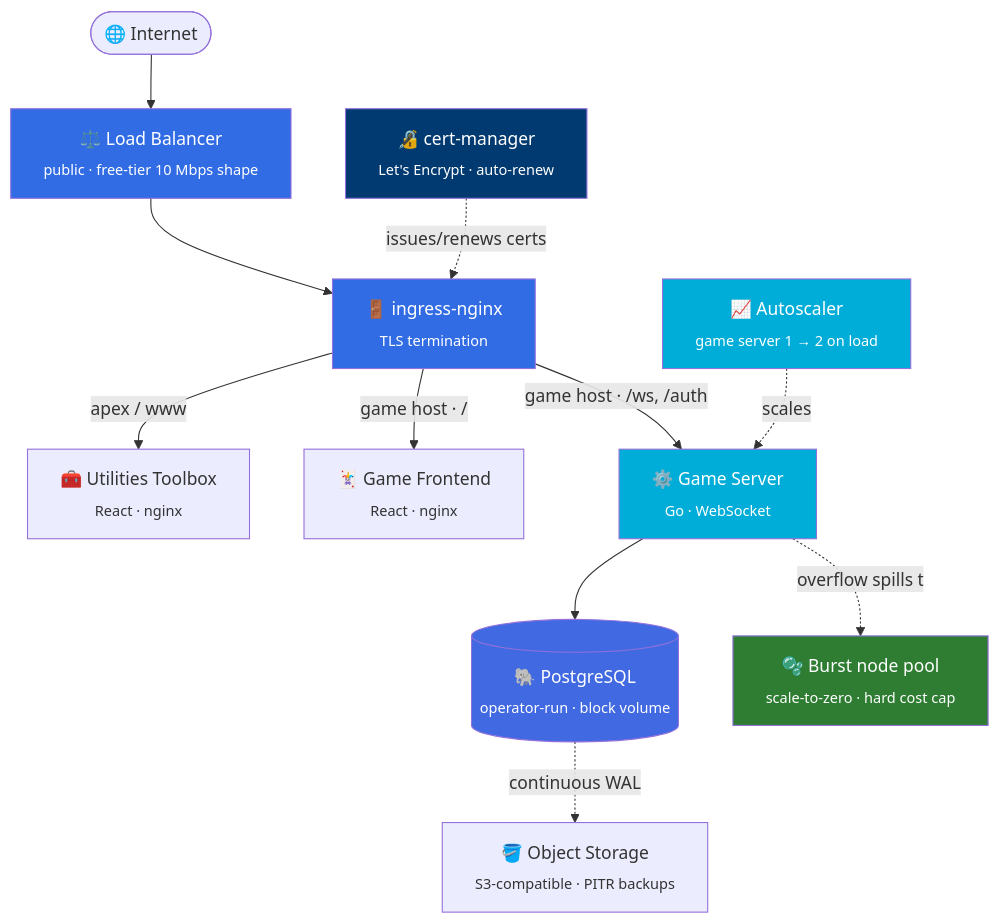
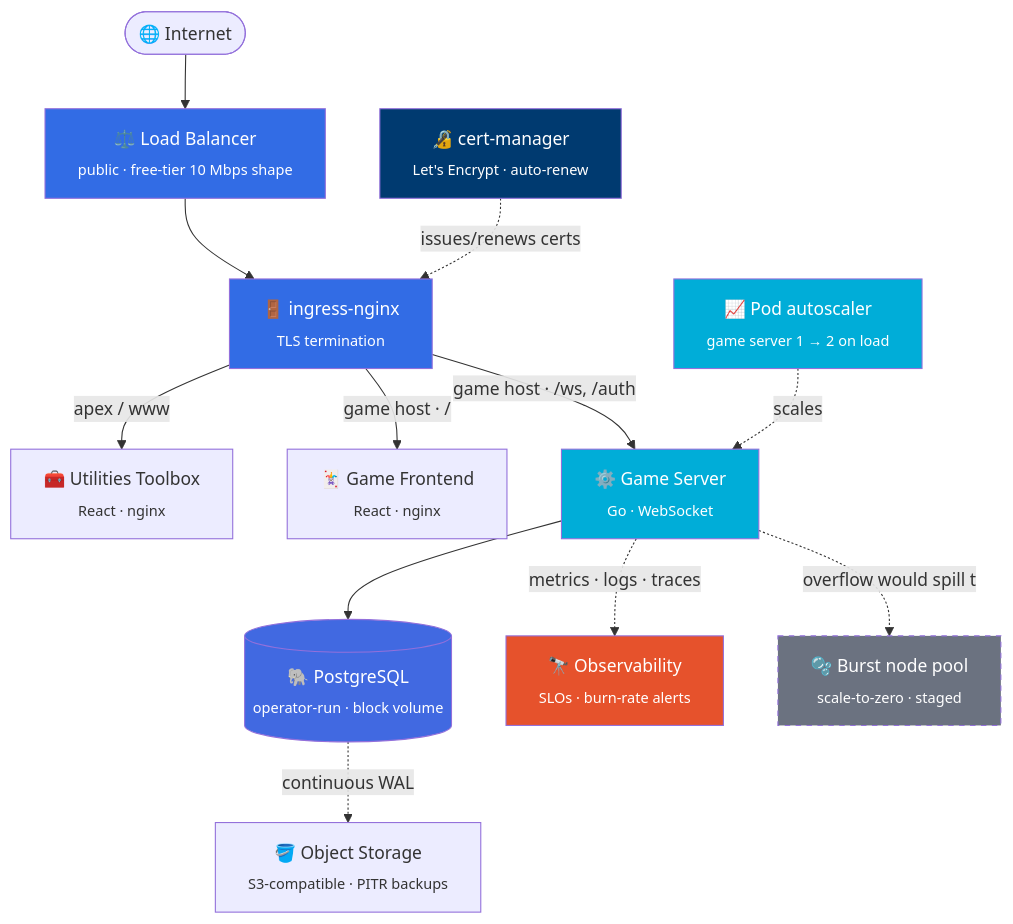
The first of 2 diagrams in README.md (andrewwongucsd/playground), drawn with Mermaid before and after one commit. The commit also changed other lines of this file and 2 other files, not shown here.

````diff
--- a/README.md
+++ b/README.md
@@ -54,28 +75,30 @@
 ```mermaid
 flowchart TD
     U([🌐 Internet])
     LB["⚖️ Load Balancer<br/><sub>public · free-tier 10 Mbps shape</sub>"]
     IN["🚪 ingress-nginx<br/><sub>TLS termination</sub>"]
     CM["🔏 cert-manager<br/><sub>Let's Encrypt · auto-renew</sub>"]
 
     U --> LB --> IN
     CM -.issues/renews certs.-> IN
 
     IN -->|apex / www| TOOLS["🧰 Utilities Toolbox<br/><sub>React · nginx</sub>"]
     IN -->|game host · /| GWEB["🃏 Game Frontend<br/><sub>React · nginx</sub>"]
     IN -->|game host · /ws, /auth| GSRV["⚙️ Game Server<br/><sub>Go · WebSocket</sub>"]
 
     GSRV --> DB[("🐘 PostgreSQL<br/><sub>operator-run · block volume</sub>")]
     DB -.continuous WAL.-> OS["🪣 Object Storage<br/><sub>S3-compatible · PITR backups</sub>"]
 
-    HPA["📈 Autoscaler<br/><sub>game server 1 → 2 on load</sub>"] -.scales.-> GSRV
-    GSRV -.overflow spills to.-> BURST["🫧 Burst node pool<br/><sub>scale-to-zero · hard cost cap</sub>"]
+    GSRV -.metrics · logs · traces.-> OBS["🔭 Observability<br/><sub>SLOs · burn-rate alerts</sub>"]
+    HPA["📈 Pod autoscaler<br/><sub>game server 1 → 2 on load</sub>"] -.scales.-> GSRV
+    GSRV -.overflow would spill to.-> BURST["🫧 Burst node pool<br/><sub>scale-to-zero · staged</sub>"]
 
     style LB fill:#326CE5,color:#fff
     style IN fill:#326CE5,color:#fff
     style CM fill:#003A70,color:#fff
     style DB fill:#4169E1,color:#fff
     style GSRV fill:#00ADD8,color:#fff
     style HPA fill:#00ADD8,color:#fff
-    style BURST fill:#2E7D32,color:#fff
+    style OBS fill:#E6522C,color:#fff
+    style BURST fill:#6B7280,color:#fff,stroke-dasharray: 5 5
 ```
````
